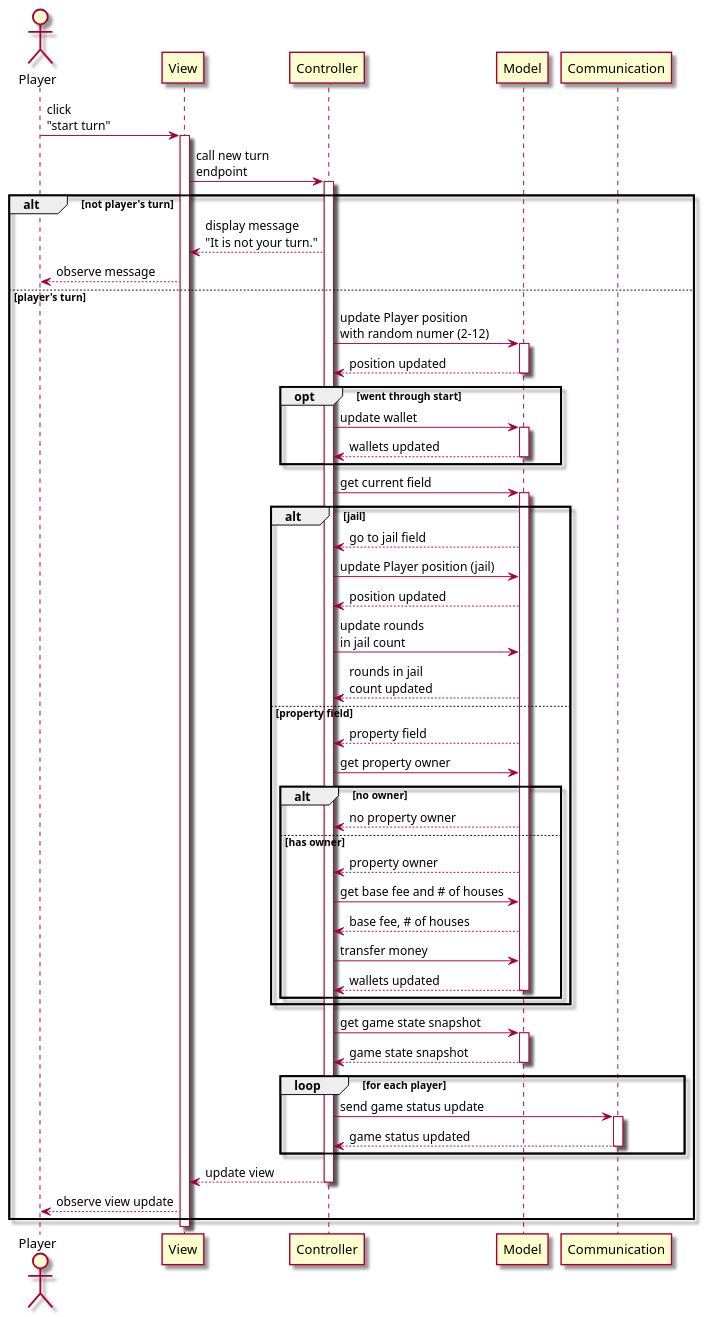
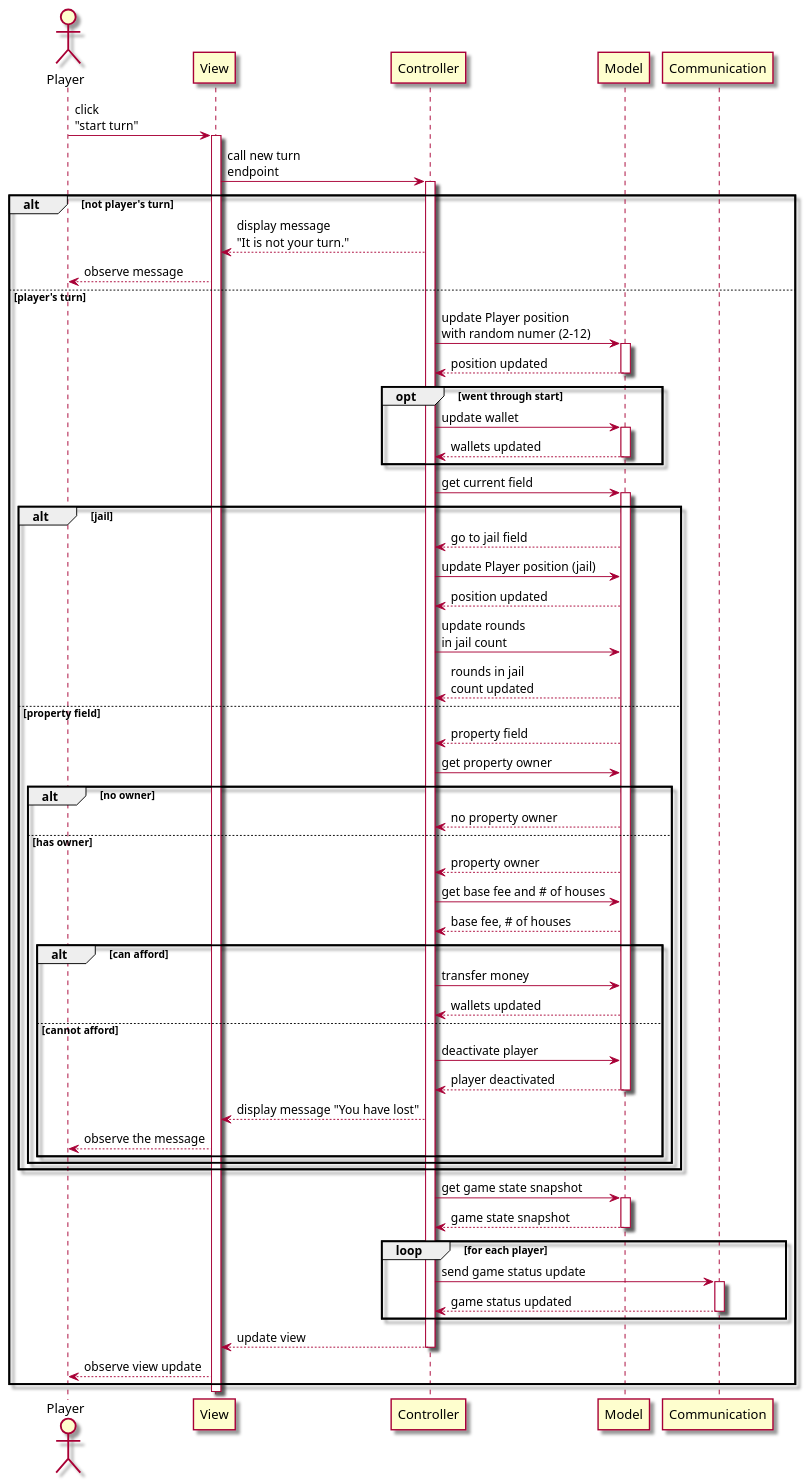
Before and after one commit to Konrad-Swiercz/Monopoly-Grupa-D: the diagram in uml/sequence/sequence_start_turn.puml, drawn with PlantUML. The commit also changed 1 other file, not shown here.

Commit message:
minor corrections to sequence UML diagrams

```diff
--- a/uml/sequence/sequence_start_turn.puml
+++ b/uml/sequence/sequence_start_turn.puml
@@ -1,57 +1,65 @@
 @startuml
 skin rose
 
 actor Player
 
 
 Player  -> View++: click \n"start turn"
 View -> Controller++: call new turn\nendpoint
 alt not player's turn
 
 Controller --> View: display message\n"It is not your turn."
 View --> Player: observe message
 
 else player's turn
 
 
 Controller -> Model++: update Player position\nwith random numer (2-12)
 Model --> Controller--: position updated
 opt went through start
 Controller -> Model++: update wallet
 Model --> Controller--: wallets updated
 end
 Controller -> Model++: get current field
 alt jail
   Model --> Controller: go to jail field
   Controller -> Model: update Player position (jail)
   Model --> Controller: position updated
   Controller -> Model: update rounds \nin jail count
    Model --> Controller: rounds in jail \ncount updated
 else property field
   Model --> Controller: property field
   Controller -> Model: get property owner
   alt no owner
     Model --> Controller: no property owner
   else has owner
     Model --> Controller: property owner
     Controller -> Model: get base fee and # of houses
     Model --> Controller: base fee, # of houses
-    Controller -> Model: transfer money
-    Model --> Controller--: wallets updated
+    alt can afford
+      Controller -> Model: transfer money
+      Model --> Controller: wallets updated
+    else cannot afford
+      Controller -> Model: deactivate player
+      Model --> Controller--: player deactivated
+      Controller --> View: display message "You have lost"
+      View --> Player: observe the message
+    end
+    
   end
 end
 
 Controller -> Model++: get game state snapshot
 Model --> Controller--: game state snapshot
  loop for each player
           Controller -> Communication ++: send game status update
           Communication --> Controller--: game status updated
         end
 Controller --> View--: update view
 View --> Player: observe view update
 
 end
 
 
 
 @enduml
```
